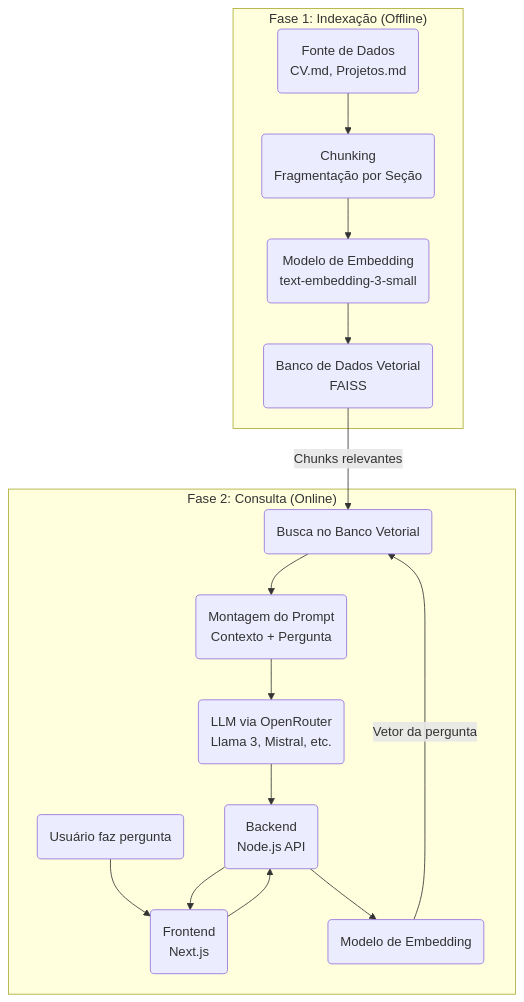
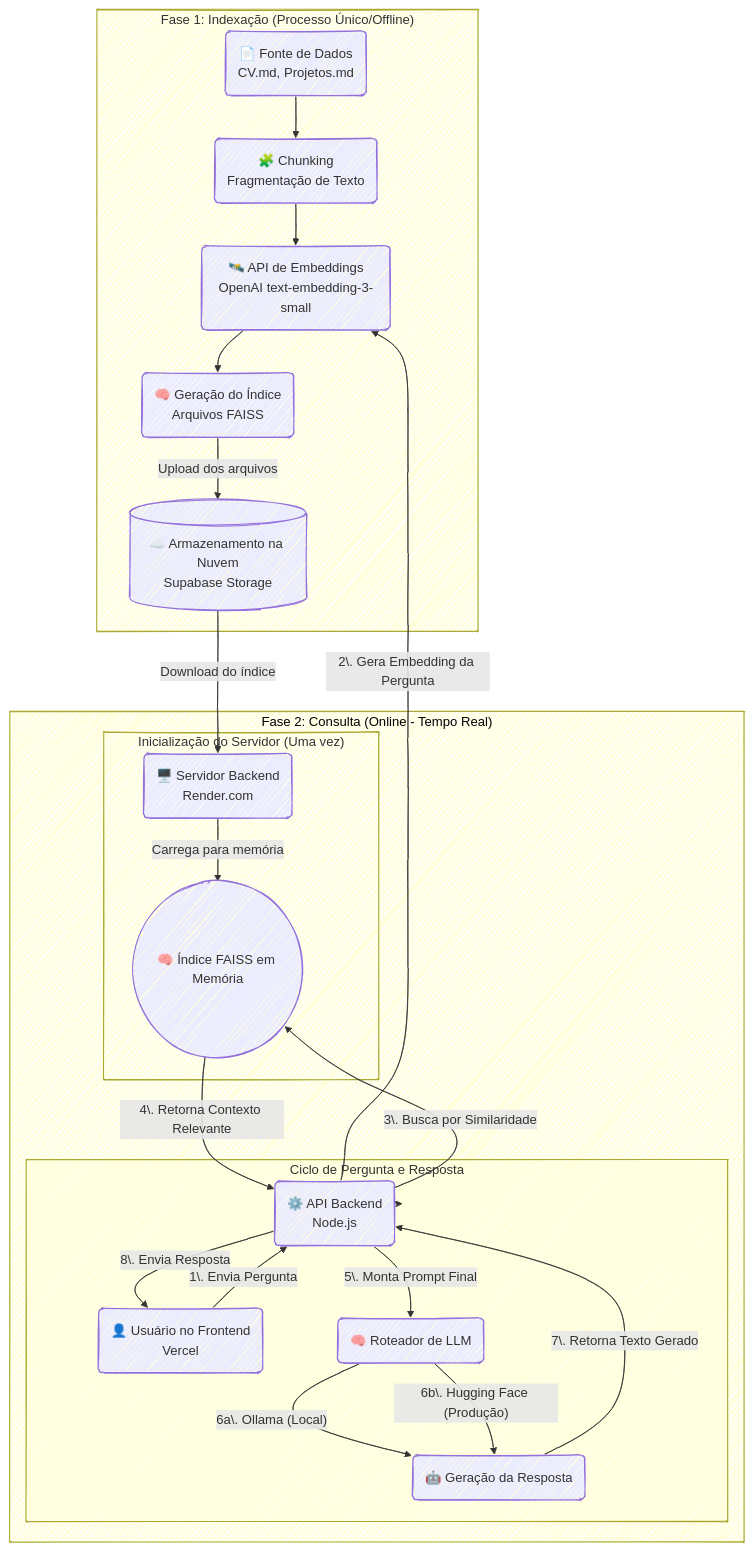
The second of 2 diagrams in README.md (lfrichter/ask-richter), drawn with Mermaid before and after one commit. The commit also changed other lines of this file and 1 other file, not shown here.

`````diff
--- a/README.md
+++ b/README.md
@@ -38,20 +127,49 @@
 ```mermaid
-graph TD
-    subgraph "Fase 1: Indexação (Offline)"
-        A1(Fonte de Dados<br>CV.md, Projetos.md) --> A2(Chunking<br>Fragmentação por Seção)
-        A2 --> A3(Modelo de Embedding<br>text-embedding-3-small)
-        A3 --> A4(Banco de Dados Vetorial<br>FAISS)
-    end
+---
+config:
+  theme: default
+  look: handDrawn
+---
+flowchart TD
+ subgraph subGraph0["Fase 1: Indexação (Processo Único/Offline)"]
+        A2("🧩 Chunking<br>Fragmentação de Texto")
+        A1("📄 Fonte de Dados<br>CV.md, Projetos.md")
+        A3("🛰️ API de Embeddings<br>OpenAI text-embedding-3-small")
+        A4("🧠 Geração do Índice<br>Arquivos FAISS")
+        A5["☁️ Armazenamento na Nuvem<br>Supabase Storage"]
+  end
+ subgraph subGraph1["Inicialização do Servidor (Uma vez)"]
+        C1("🖥️ Servidor Backend<br>Render.com")
+        C2(("🧠 Índice FAISS em Memória"))
+  end
+ subgraph subGraph2["Ciclo de Pergunta e Resposta"]
+        B2("⚙️ API Backend<br>Node.js")
+        B1("👤 Usuário no Frontend<br>Vercel")
+        B6("🧠 Roteador de LLM")
+        B7("🤖 Geração da Resposta")
+  end
+ subgraph subGraph3["Fase 2: Consulta (Online - Tempo Real)"]
+        subGraph1
+        subGraph2
+  end
+    A1 --> A2
+    A2 --> A3
+    A3 --> A4
+    A4 -- Upload dos arquivos --> A5
+    A5 -- Download do índice --> C1
+    C1 -- Carrega para memória --> C2
+    B1 -- "1\. Envia Pergunta" --> B2
+    B2 -- "2\. Gera Embedding da Pergunta" --> A3
+    B2 -- "3\. Busca por Similaridade" --> C2
+    C2 -- "4\. Retorna Contexto Relevante" --> B2
+    B2 -- "5\. Monta Prompt Final" --> B6
+    B6 -- "6a\. Ollama (Local)" --> B7
+    B6 -- "6b\. Hugging Face (Produção)" --> B7
+    B7 -- "7\. Retorna Texto Gerado" --> B2
+    B2 -- "8\. Envia Resposta" --> B1
+    subGraph2 --> subGraph3
+    A5@{ shape: cyl}
+    style subGraph1 fill:transparent
+    style subGraph3 color:#000000
 
-    subgraph "Fase 2: Consulta (Online)"
-        B1(Usuário faz pergunta) --> B2(Frontend<br>Next.js)
-        B2 --> B3(Backend<br>Node.js API)
-        B3 --> B4(Modelo de Embedding)
-        B4 -- "Vetor da pergunta" --> B5(Busca no Banco Vetorial)
-        A4 -- "Chunks relevantes" --> B5
-        B5 --> B6(Montagem do Prompt<br>Contexto + Pergunta)
-        B6 --> B7(LLM via OpenRouter<br>Llama 3, Mistral, etc.)
-        B7 --> B3
-        B3 --> B2
-    end
-````
+```
`````
